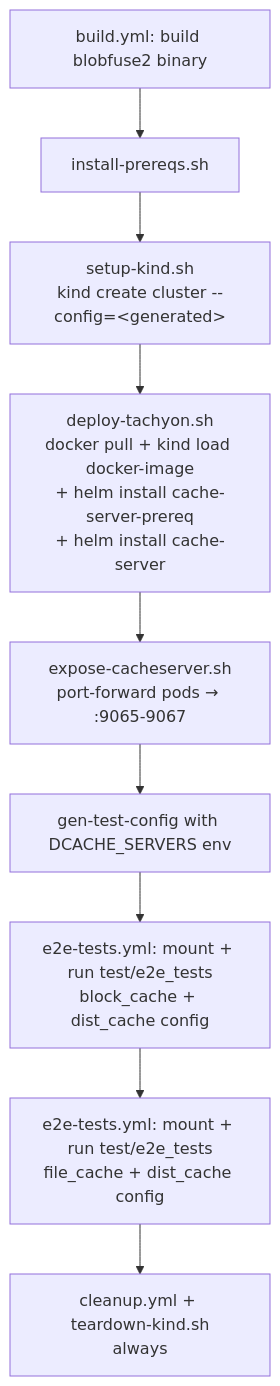
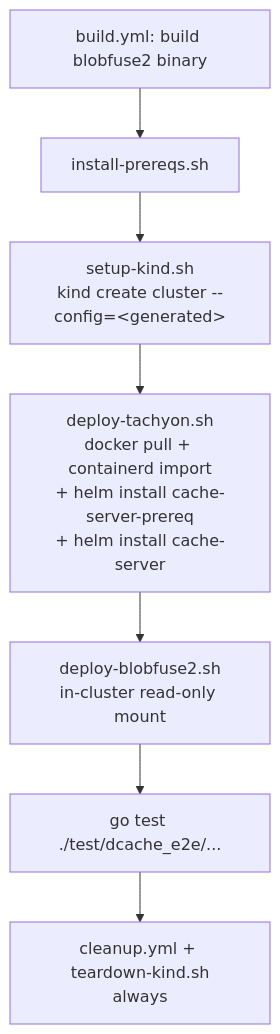
Before and after one commit to Azure/azure-storage-fuse: the diagram in test/scripts/dcache/PLAN.md, drawn with Mermaid. The commit also changed other lines of this file and 18 other files, not shown here.

````diff
--- a/test/scripts/dcache/PLAN.md
+++ b/test/scripts/dcache/PLAN.md
@@ -100,11 +94,9 @@
 ```mermaid
 flowchart TD
     A[build.yml: build blobfuse2 binary] --> C[install-prereqs.sh]
     C --> D[setup-kind.sh<br/>kind create cluster --config=&lt;generated&gt;]
-    D --> E[deploy-tachyon.sh<br/>docker pull + kind load docker-image<br/>+ helm install cache-server-prereq<br/>+ helm install cache-server]
-    E --> F[expose-cacheserver.sh<br/>port-forward pods → :9065-9067]
-    F --> G[gen-test-config with DCACHE_SERVERS env]
-    G --> H[e2e-tests.yml: mount + run test/e2e_tests<br/>block_cache + dist_cache config]
-    H --> I[e2e-tests.yml: mount + run test/e2e_tests<br/>file_cache + dist_cache config]
-    I --> J[cleanup.yml + teardown-kind.sh<br/>always]
+    D --> E[deploy-tachyon.sh<br/>docker pull + containerd import<br/>+ helm install cache-server-prereq<br/>+ helm install cache-server]
+    E --> J[deploy-blobfuse2.sh<br/>in-cluster read-only mount]
+    J --> K[go test ./test/dcache_e2e/...]
+    K --> L[cleanup.yml + teardown-kind.sh<br/>always]
 ```
````
